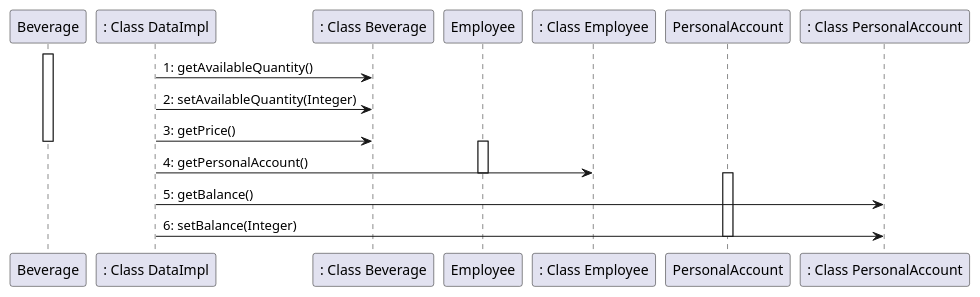
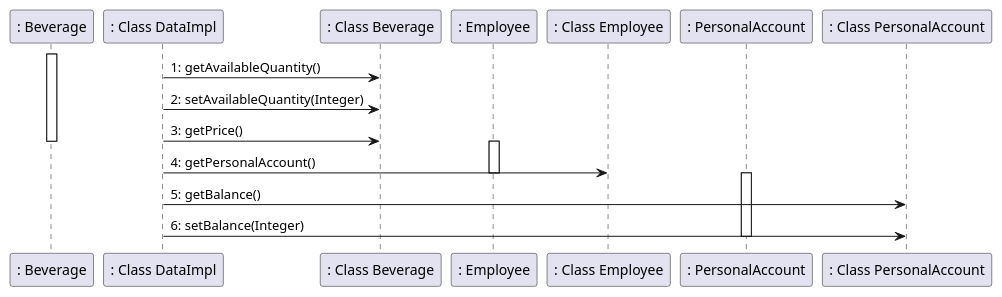
Before and after one commit to salvatore-dimartino/LaTazza: the sixth of 7 diagrams in templates/DesignDocumentTemplate.md, drawn with PlantUML.

````diff
--- a/templates/DesignDocumentTemplate.md
+++ b/templates/DesignDocumentTemplate.md
@@ -438,14 +438,14 @@
 ```plantuml
-activate Beverage
+activate ": Beverage"
 ": Class DataImpl" -> ": Class Beverage": 1: getAvailableQuantity()
 ": Class DataImpl" -> ": Class Beverage": 2: setAvailableQuantity(Integer)
 ": Class DataImpl" -> ": Class Beverage": 3: getPrice()
-deactivate Beverage
-activate Employee
+deactivate ": Beverage"
+activate ": Employee"
 ": Class DataImpl" -> ": Class Employee": 4: getPersonalAccount()
-deactivate Employee
-activate PersonalAccount
+deactivate ": Employee"
+activate ": PersonalAccount"
 ": Class DataImpl" -> ": Class PersonalAccount": 5: getBalance()
 ": Class DataImpl" -> ": Class PersonalAccount": 6: setBalance(Integer)
-deactivate PersonalAccount
+deactivate ": PersonalAccount"
 ```
````
